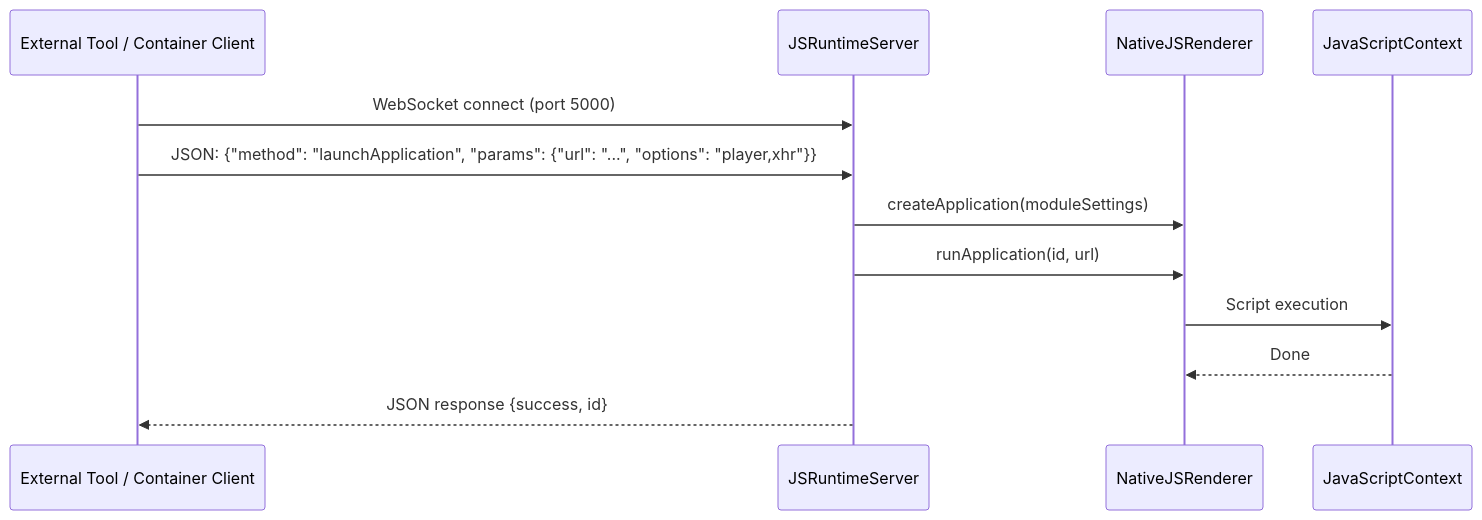
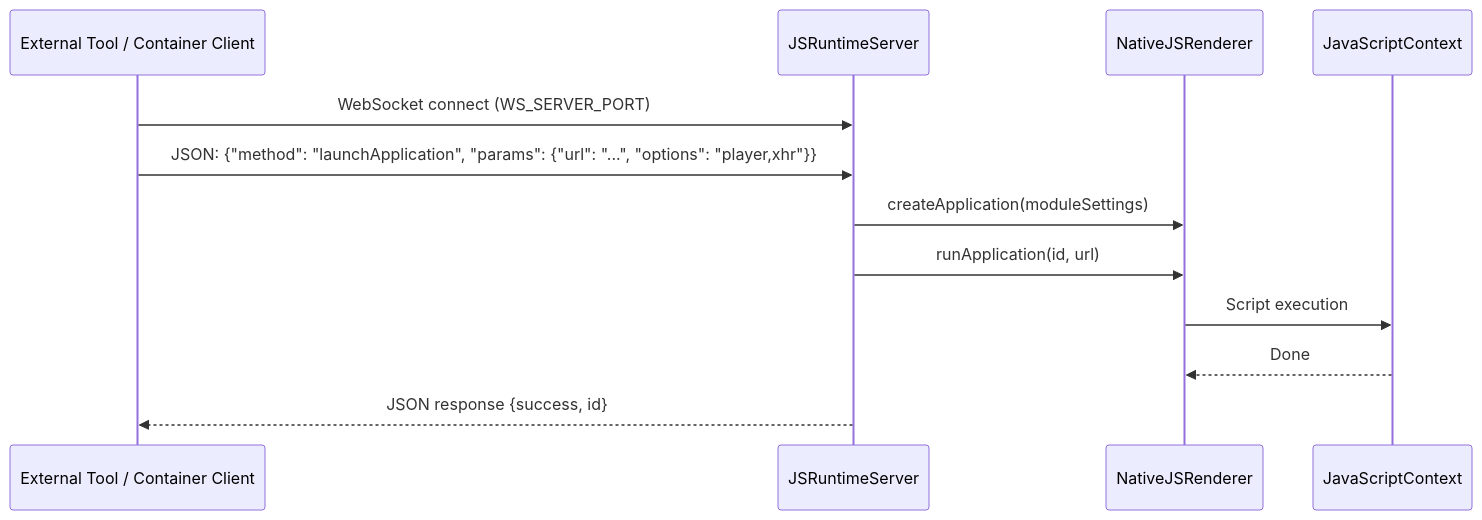
The sixth of 6 diagrams in docs/docu/RDKV-Documentations/rdkNativescript.md (rns21/RDK_Documentation), drawn with Mermaid before and after one commit. The commit also changed other lines of this file, not shown here.

````diff
--- a/docs/docu/RDKV-Documentations/rdkNativescript.md
+++ b/docs/docu/RDKV-Documentations/rdkNativescript.md
@@ -312,15 +301,15 @@
 ```mermaid
 sequenceDiagram
     participant ExtTool as External Tool / Container Client
     participant SRV as JSRuntimeServer
     participant NR as NativeJSRenderer
     participant CTX as JavaScriptContext
 
-    ExtTool->>SRV: WebSocket connect (port 5000)
+    ExtTool->>SRV: WebSocket connect (WS_SERVER_PORT)
     ExtTool->>SRV: JSON: {"method": "launchApplication", "params": {"url": "...", "options": "player,xhr"}}
     SRV->>NR: createApplication(moduleSettings)
     SRV->>NR: runApplication(id, url)
     NR->>CTX: Script execution
     CTX-->>NR: Done
     SRV-->>ExtTool: JSON response {success, id}
 ```
````
